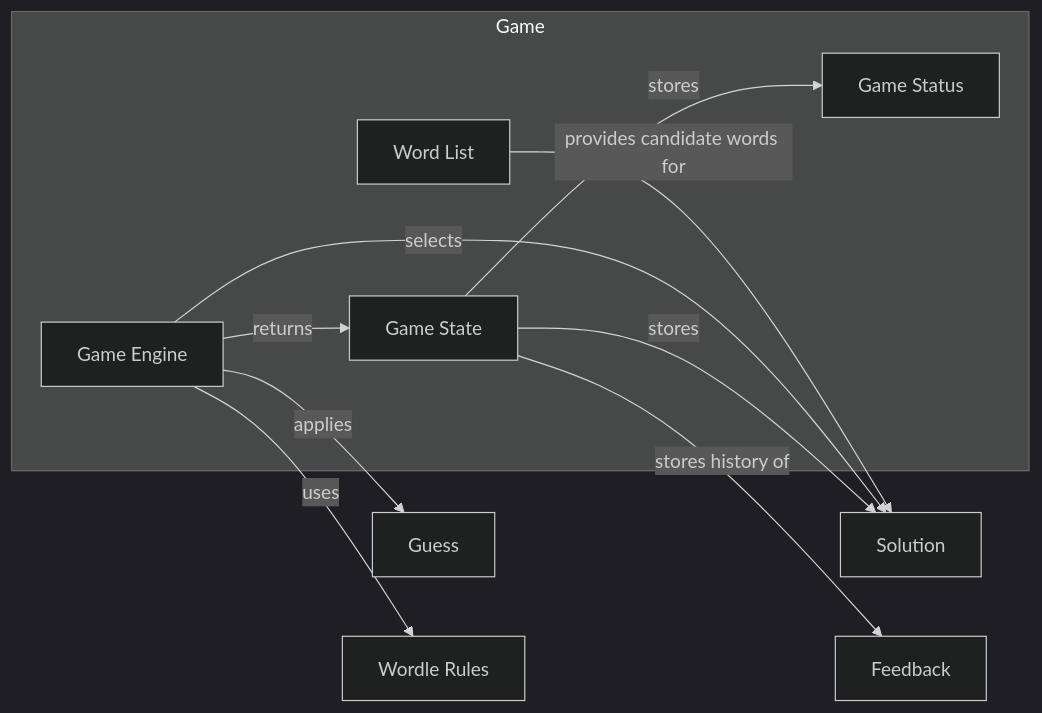
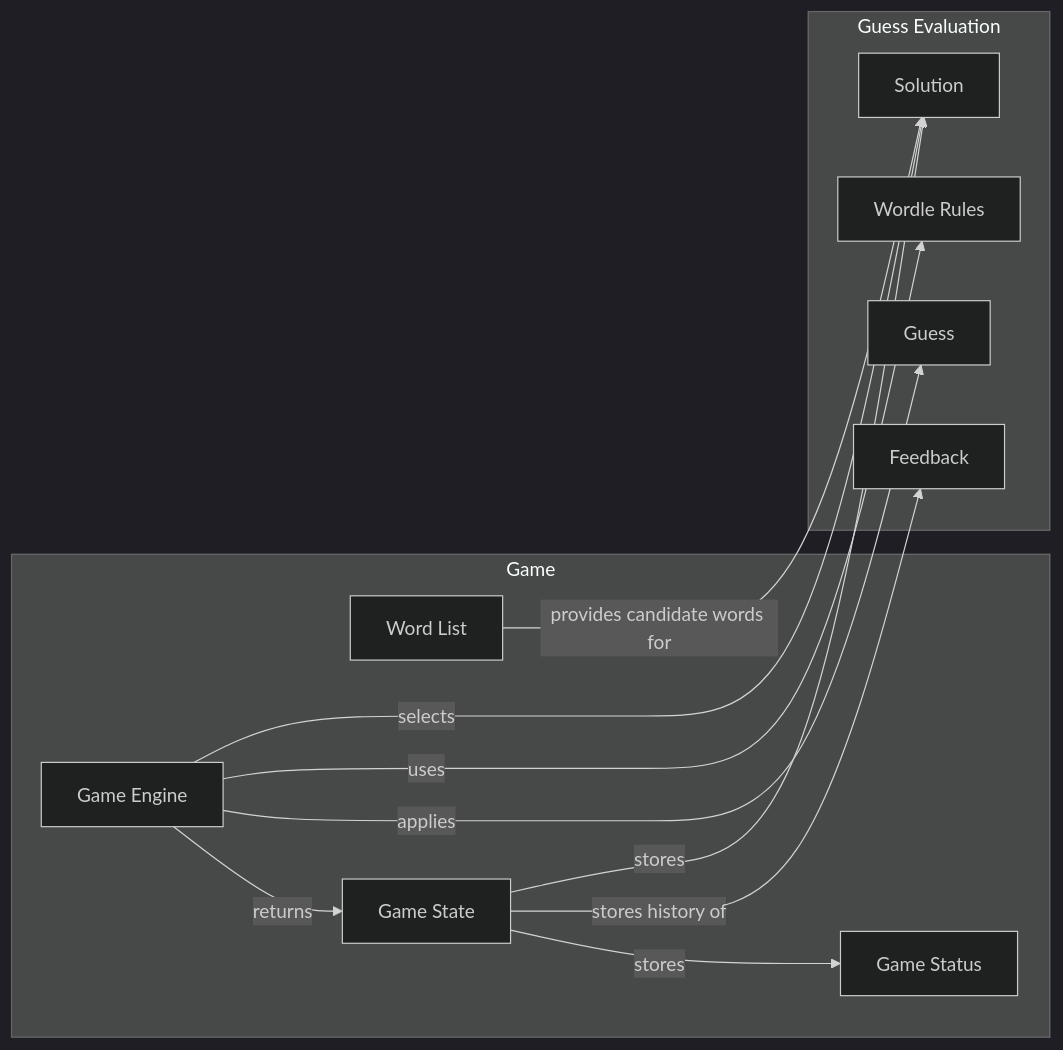
The second of 3 diagrams in examples/wordle/glossary.adoc (dpolivaev/spec-loop), drawn with Mermaid (dark theme) before and after one commit. The commit also changed other lines of this file and 1 other file, not shown here.

Commit message:
Enforce using subgraphs in glossary diagrams

```diff
--- a/examples/wordle/glossary.adoc
+++ b/examples/wordle/glossary.adoc
@@ -100,24 +102,26 @@
 [mermaid]
 ----
 graph LR
   subgraph game["Game"]
     wordList["Word List"]
     gameEngine["Game Engine"]
     gameState["Game State"]
     gameStatus["Game Status"]
   end
 
-  solution["Solution"]
-  guess["Guess"]
-  feedback["Feedback"]
-  wordleRules["Wordle Rules"]
+  subgraph guessEvaluationContext["Guess Evaluation"]
+    solution["Solution"]
+    guess["Guess"]
+    feedback["Feedback"]
+    wordleRules["Wordle Rules"]
+  end
 
   wordList -->|provides candidate words for| solution
   gameEngine -->|selects| solution
   gameEngine -->|uses| wordleRules
   gameEngine -->|applies| guess
   gameEngine -->|returns| gameState
   gameState -->|stores| solution
   gameState -->|stores history of| feedback
   gameState -->|stores| gameStatus
 ----
```
